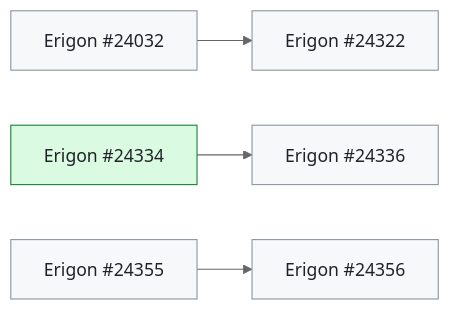
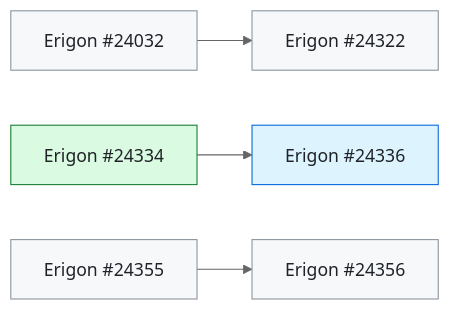
One commit to banteg/trace-interop changed the first of 3 diagrams in docs/client-fixes.md. Above: the diagram before and after it, drawn with Mermaid (neutral theme). The commit also changed other lines of this file and 2250 other files, not shown here.

````diff
--- a/docs/client-fixes.md
+++ b/docs/client-fixes.md
@@ -34,14 +34,15 @@
 ```mermaid
 flowchart LR
   Erigon_24322["Erigon #24322"]:::open
   Erigon_24032["Erigon #24032"]:::open
-  Erigon_24336["Erigon #24336"]:::open
+  Erigon_24336["Erigon #24336"]:::merged
   Erigon_24334["Erigon #24334"]:::in_measured_build
   Erigon_24356["Erigon #24356"]:::open
   Erigon_24355["Erigon #24355"]:::open
   Erigon_24032 --> Erigon_24322
   Erigon_24334 --> Erigon_24336
   Erigon_24355 --> Erigon_24356
   classDef open fill:#f6f8fa,stroke:#8c959f,color:#1f2328
+  classDef merged fill:#ddf4ff,stroke:#0969da,color:#1f2328
   classDef in_measured_build fill:#dafbe1,stroke:#1a7f37,color:#1f2328
 ```
````
